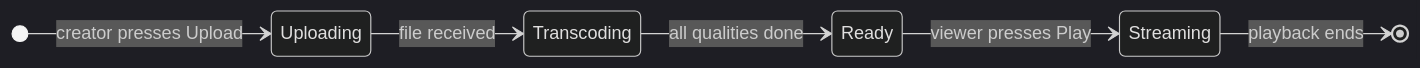
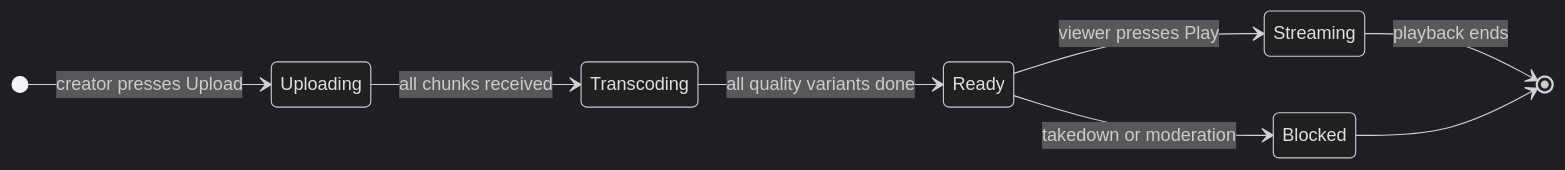
One commit to shiningflash/system-design changed the first of 11 diagrams in problems/006-video-streaming/question.md. Above: the diagram before and after it, drawn with Mermaid (dark theme). The commit also changed other lines of this file and 37 other files, not shown here.

````diff
--- a/problems/006-video-streaming/question.md
+++ b/problems/006-video-streaming/question.md
@@ -32,9 +35,11 @@
 ```mermaid
 stateDiagram-v2
     direction LR
     [*] --> Uploading: creator presses Upload
-    Uploading --> Transcoding: file received
-    Transcoding --> Ready: all qualities done
+    Uploading --> Transcoding: all chunks received
+    Transcoding --> Ready: all quality variants done
     Ready --> Streaming: viewer presses Play
     Streaming --> [*]: playback ends
+    Ready --> Blocked: takedown or moderation
+    Blocked --> [*]
 ```
````
